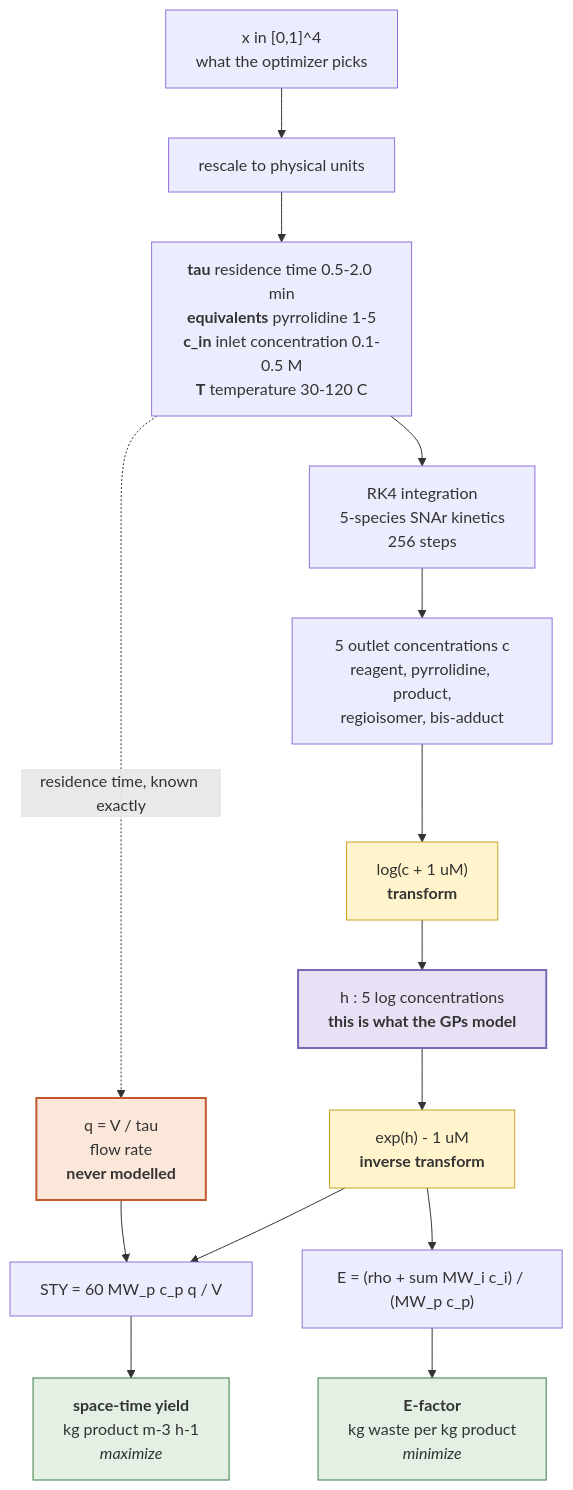
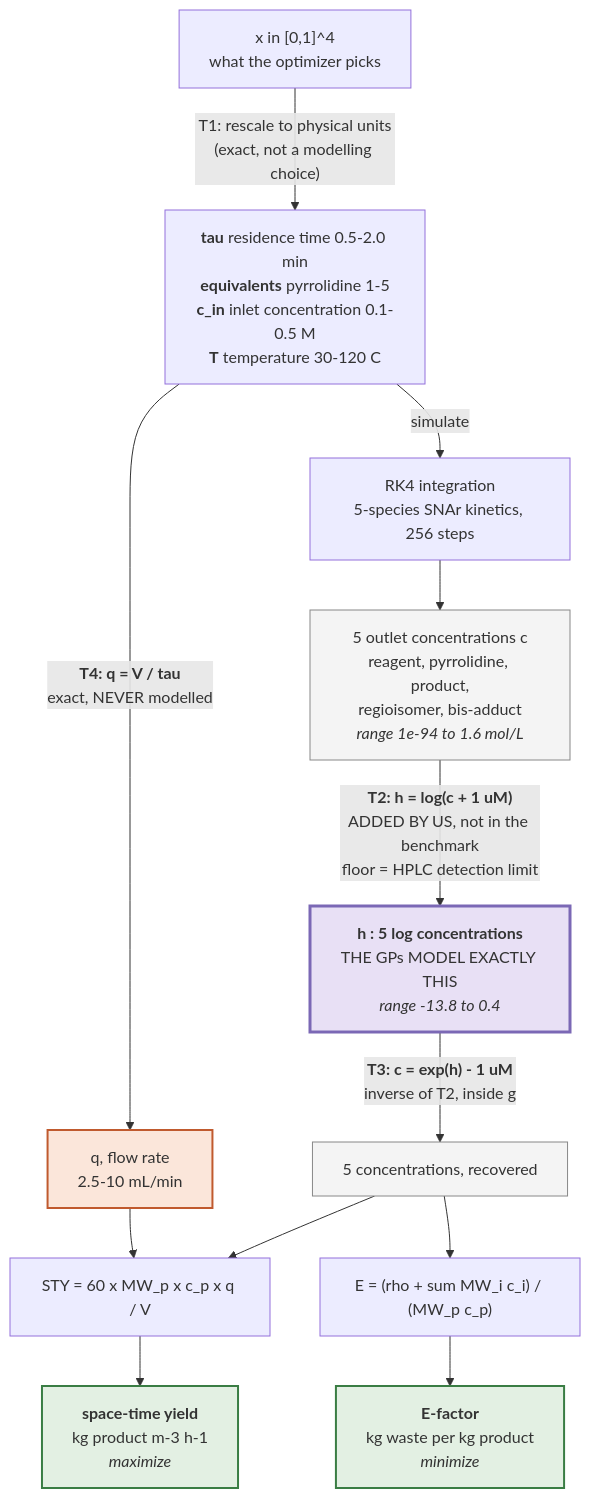
One commit to tau315/composite-mobo changed the diagram in WORK_SUMMARY.md. Above: the diagram before and after it, drawn with Mermaid. The commit also changed other lines of this file and 3 other files, not shown here.

First line of the commit message:
docs: label every SNAr transform in the flowchart, and record the log ablation

````diff
--- a/WORK_SUMMARY.md
+++ b/WORK_SUMMARY.md
@@ -177,26 +177,31 @@
 ```mermaid
 flowchart TD
-    X["x in [0,1]^4<br/>what the optimizer picks"] --> UN["rescale to physical units"]
-    UN --> PHYS["<b>tau</b> residence time 0.5-2.0 min<br/><b>equivalents</b> pyrrolidine 1-5<br/><b>c_in</b> inlet concentration 0.1-0.5 M<br/><b>T</b> temperature 30-120 C"]
-    PHYS --> RK4["RK4 integration<br/>5-species SNAr kinetics<br/>256 steps"]
-    RK4 --> CONC["5 outlet concentrations c<br/>reagent, pyrrolidine, product,<br/>regioisomer, bis-adduct"]
-    CONC --> LOG["log(c + 1 uM)<br/><b>transform</b>"]
-    LOG --> H["h : 5 log concentrations<br/><b>this is what the GPs model</b>"]
+    X["x in [0,1]^4<br/>what the optimizer picks"]
+    X -->|"T1: rescale to physical units<br/>(exact, not a modelling choice)"| PHYS
 
-    H --> EXP["exp(h) - 1 uM<br/><b>inverse transform</b>"]
-    PHYS -. "residence time, known exactly" .-> Q["q = V / tau<br/>flow rate<br/><b>never modelled</b>"]
+    PHYS["<b>tau</b> residence time 0.5-2.0 min<br/><b>equivalents</b> pyrrolidine 1-5<br/><b>c_in</b> inlet concentration 0.1-0.5 M<br/><b>T</b> temperature 30-120 C"]
 
-    EXP --> STY["STY = 60 MW_p c_p q / V"]
+    PHYS -->|"simulate"| RK4["RK4 integration<br/>5-species SNAr kinetics, 256 steps"]
+    RK4 --> CONC["5 outlet concentrations c<br/>reagent, pyrrolidine, product,<br/>regioisomer, bis-adduct<br/><i>range 1e-94 to 1.6 mol/L</i>"]
+
+    CONC -->|"<b>T2: h = log(c + 1 uM)</b><br/>ADDED BY US, not in the benchmark<br/>floor = HPLC detection limit"| H
+
+    H["<b>h : 5 log concentrations</b><br/>THE GPs MODEL EXACTLY THIS<br/><i>range -13.8 to 0.4</i>"]
+
+    H -->|"<b>T3: c = exp(h) - 1 uM</b><br/>inverse of T2, inside g"| EXP["5 concentrations, recovered"]
+    PHYS -->|"<b>T4: q = V / tau</b><br/>exact, NEVER modelled"| Q["q, flow rate<br/>2.5-10 mL/min"]
+
+    EXP --> STY["STY = 60 x MW_p x c_p x q / V"]
     Q --> STY
     EXP --> EF["E = (rho + sum MW_i c_i) / (MW_p c_p)"]
 
     STY --> F1["<b>space-time yield</b><br/>kg product m-3 h-1<br/><i>maximize</i>"]
     EF --> F2["<b>E-factor</b><br/>kg waste per kg product<br/><i>minimize</i>"]
 
-    style H fill:#e8e0f5,stroke:#7B68B5,stroke-width:2px
+    style H fill:#e8e0f5,stroke:#7B68B5,stroke-width:3px
     style Q fill:#fbe6da,stroke:#C05A2E,stroke-width:2px
-    style LOG fill:#fff4cc,stroke:#c9a227
-    style EXP fill:#fff4cc,stroke:#c9a227
-    style F1 fill:#e3f0e3,stroke:#3a7d44
-    style F2 fill:#e3f0e3,stroke:#3a7d44
+    style CONC fill:#f4f4f4,stroke:#888
+    style EXP fill:#f4f4f4,stroke:#888
+    style F1 fill:#e3f0e3,stroke:#3a7d44,stroke-width:2px
+    style F2 fill:#e3f0e3,stroke:#3a7d44,stroke-width:2px
 ```
````
